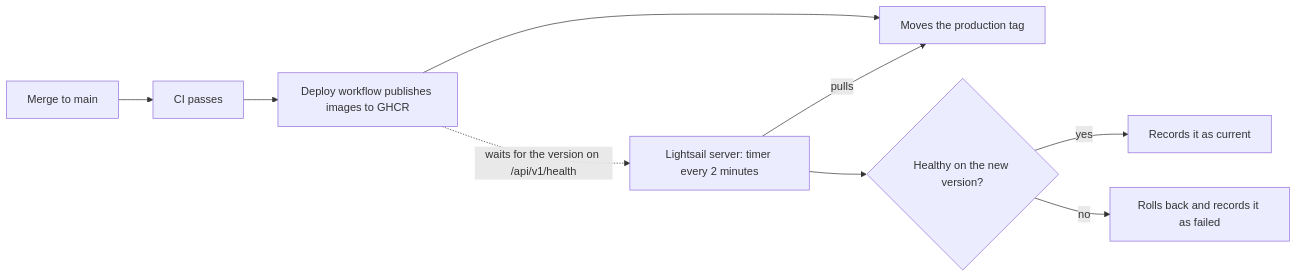
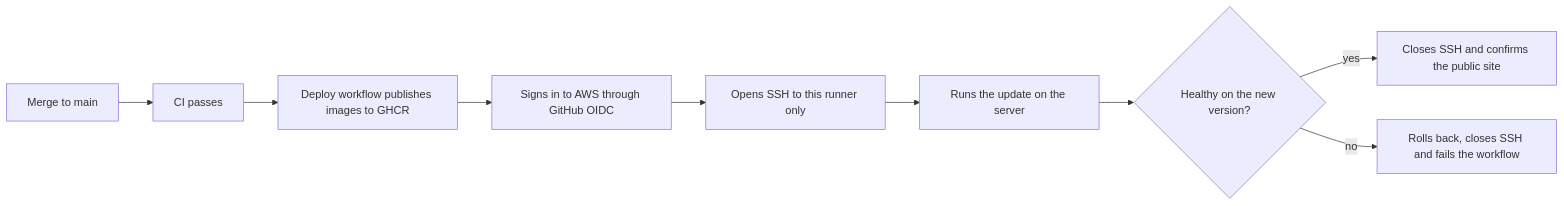
One commit to ahmadrashad1/Weather-Aware-Truck-Routing changed the first of 2 diagrams in docs/deployment.md. Above: the diagram before and after it, drawn with Mermaid. The commit also changed other lines of this file and 10 other files, not shown here.

Commit message:
feat: deploy through GitHub OIDC (#18)

````diff
--- a/docs/deployment.md
+++ b/docs/deployment.md
@@ -5,10 +5,10 @@
 ```mermaid
 flowchart LR
     Main["Merge to main"] --> CI["CI passes"] --> Publish["Deploy workflow publishes images to GHCR"]
-    Publish --> Tag["Moves the production tag"]
-    Server["Lightsail server: timer every 2 minutes"] -->|pulls| Tag
-    Server --> Health{"Healthy on the new version?"}
-    Health -->|yes| Done["Records it as current"]
-    Health -->|no| Back["Rolls back and records it as failed"]
-    Publish -.->|waits for the version on /api/v1/health| Server
+    Publish --> OIDC["Signs in to AWS through GitHub OIDC"]
+    OIDC --> Port["Opens SSH to this runner only"]
+    Port --> Update["Runs the update on the server"]
+    Update --> Health{"Healthy on the new version?"}
+    Health -->|yes| Close["Closes SSH and confirms the public site"]
+    Health -->|no| Back["Rolls back, closes SSH and fails the workflow"]
 ```
````
